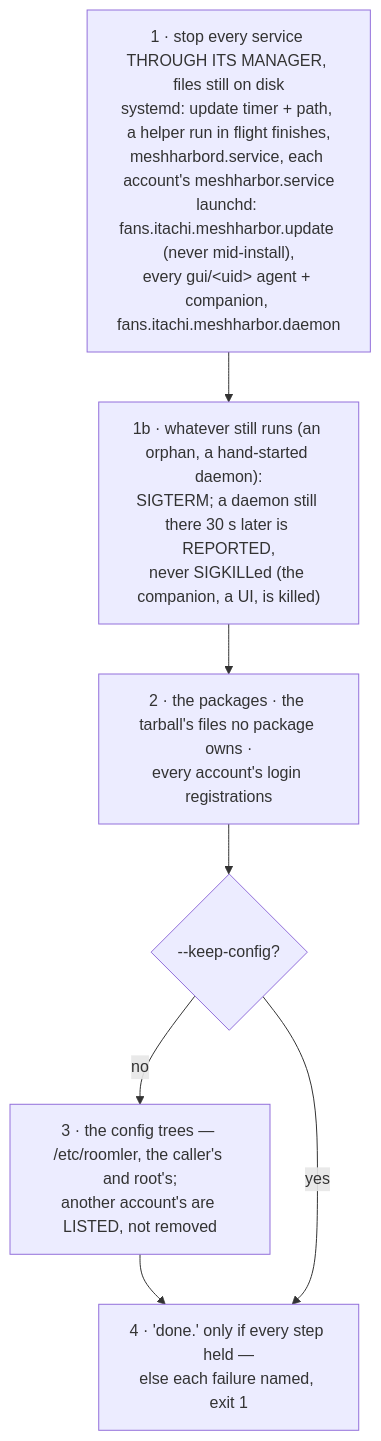
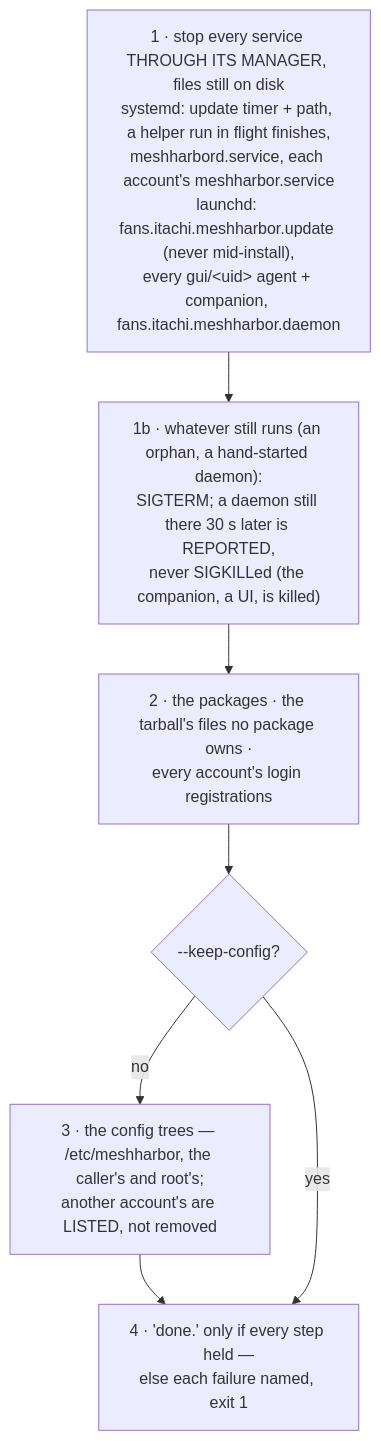
One commit to jk-zhang-meta/MeshHarbor changed the fifth of 5 diagrams in docs/installation.md. Above: the diagram before and after it, drawn with Mermaid. The commit also changed other lines of this file and 682 other files, not shown here.

````diff
--- a/docs/installation.md
+++ b/docs/installation.md
@@ -667,12 +667,12 @@
 ```mermaid
 flowchart TD
     S["1 · stop every service THROUGH ITS MANAGER, files still on disk<br/>systemd: update timer + path, a helper run in flight finishes,<br/>meshharbord.service, each account's meshharbor.service<br/>launchd: fans.itachi.meshharbor.update (never mid-install),<br/>every gui/&lt;uid&gt; agent + companion, fans.itachi.meshharbor.daemon"]
     L["1b · whatever still runs (an orphan, a hand-started daemon):<br/>SIGTERM; a daemon still there 30 s later is REPORTED,<br/>never SIGKILLed (the companion, a UI, is killed)"]
     P["2 · the packages · the tarball's files no package owns ·<br/>every account's login registrations"]
     K{"--keep-config?"}
-    C["3 · the config trees — /etc/roomler, the caller's and root's;<br/>another account's are LISTED, not removed"]
+    C["3 · the config trees — /etc/meshharbor, the caller's and root's;<br/>another account's are LISTED, not removed"]
     D["4 · 'done.' only if every step held —<br/>else each failure named, exit 1"]
     S --> L --> P --> K
     K -- no --> C --> D
     K -- yes --> D
 ```
````
